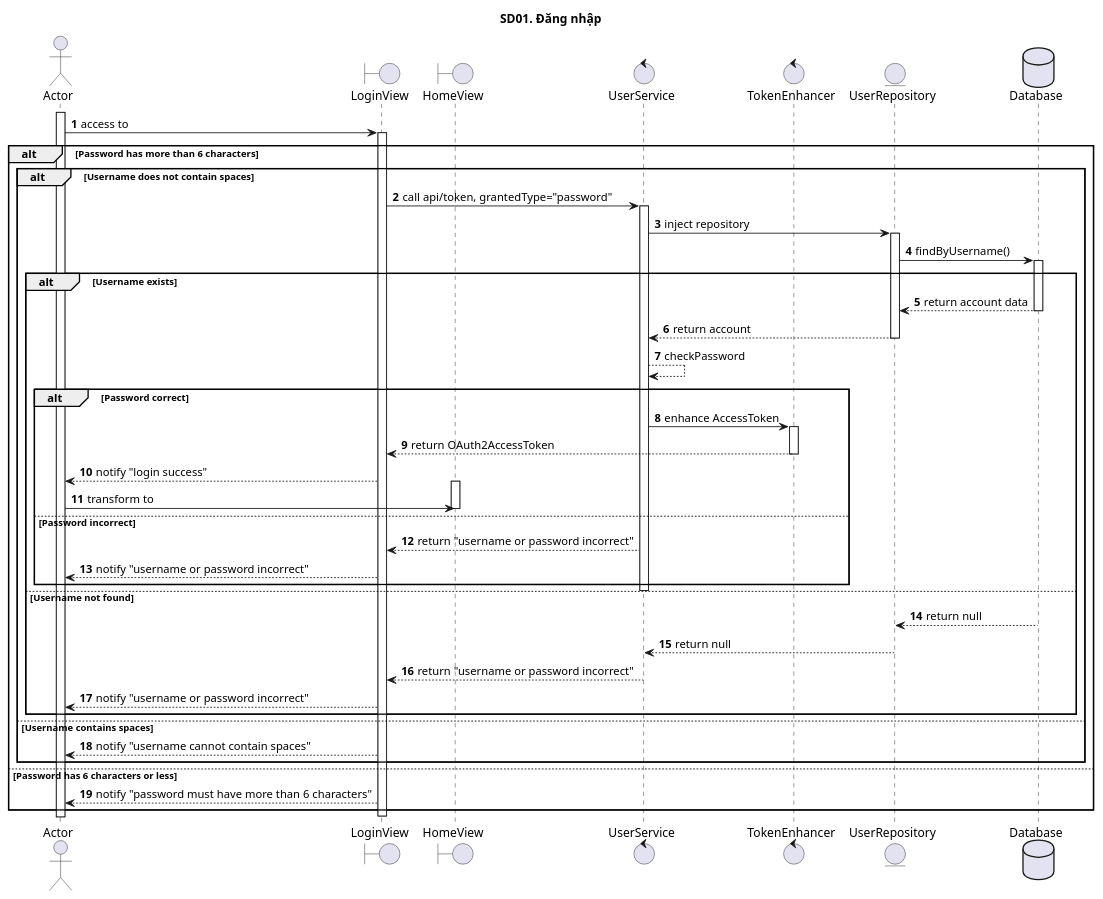
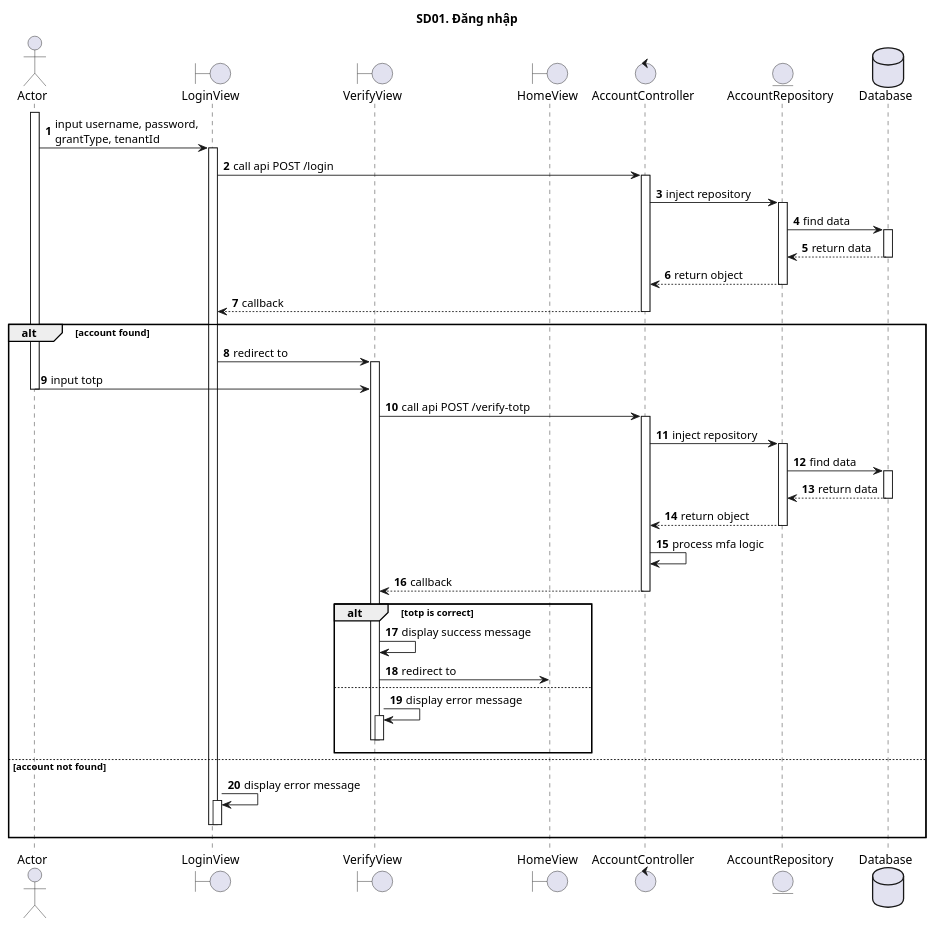
One commit to ITZ-Developers/kltn-fm-storage changed the diagram in uml-diagrams/01_DangNhap/sd01.puml. Above: the diagram before and after it, drawn with PlantUML.

```diff
--- a/uml-diagrams/01_DangNhap/sd01.puml
+++ b/uml-diagrams/01_DangNhap/sd01.puml
@@ -1,65 +1,59 @@
 @startuml SQ
 autonumber
 title SD01. Đăng nhập
 actor "Actor" as actor
 boundary "LoginView" as loginView
+boundary "VerifyView" as verifyView
 boundary "HomeView" as homeView
-control "UserService" as service
-control "TokenEnhancer" as controller
-entity "UserRepository" as model
+control "AccountController" as controller
+entity "AccountRepository" as model
 database "Database" as database
-
 activate actor
-actor -> loginView : access to
+actor -> loginView: input username, password,\ngrantType, tenantId
 activate loginView
-
-alt Password has more than 6 characters
-    alt Username does not contain spaces
-        loginView -> service : call api/token, grantedType="password"
-        activate service
-        service -> model : inject repository
-        activate model
-        model -> database : findByUsername()
-        
-        alt Username exists
-        activate database
-            database --> model: return account data
-        deactivate database
-        model --> service: return account
-        deactivate model
-
-        service --> service: checkPassword
-        alt Password correct
-            service -> controller: enhance AccessToken
-            activate controller
-            controller --> loginView: return OAuth2AccessToken
-            deactivate controller
-            loginView --> actor : notify "login success"
-            activate homeView
-            actor -> homeView : transform to
-            deactivate homeView
-        else Password incorrect
-            service --> loginView: return "username or password incorrect"
-            loginView ---> actor: notify "username or password incorrect"
-        end
-        deactivate service
-
-        else Username not found
-        activate database
-            database --> model: return null
-        deactivate database
-        model --> service: return null
-        deactivate model
-        service --> loginView: return "username or password incorrect"
-        loginView ---> actor: notify "username or password incorrect"
-        deactivate service
-        end
-    else Username contains spaces
-        loginView ---> actor: notify "username cannot contain spaces"
-    end
-else Password has 6 characters or less
-    loginView ---> actor: notify "password must have more than 6 characters"
+loginView -> controller: call api POST /login
+activate controller
+controller -> model: inject repository
+activate model
+model -> database: find data
+activate database
+database --> model: return data
+deactivate database
+model --> controller: return object
+deactivate model
+controller --> loginView: callback
+deactivate controller
+alt account found
+loginView -> verifyView: redirect to
+activate verifyView
+actor -> verifyView: input totp
+deactivate actor
+verifyView -> controller: call api POST /verify-totp
+activate controller
+controller -> model: inject repository
+activate model
+model -> database: find data
+activate database
+database --> model: return data
+deactivate database
+model --> controller: return object
+deactivate model
+controller -> controller: process mfa logic
+controller --> verifyView: callback
+deactivate controller
+alt totp is correct
+verifyView -> verifyView: display success message
+verifyView -> homeView: redirect to
+else
+verifyView -> verifyView: display error message
+activate verifyView
+deactivate verifyView
+deactivate verifyView
 end
-
+else account not found
+loginView -> loginView: display error message
+activate loginView
 deactivate loginView
+deactivate loginView
+end
 @enduml
```
